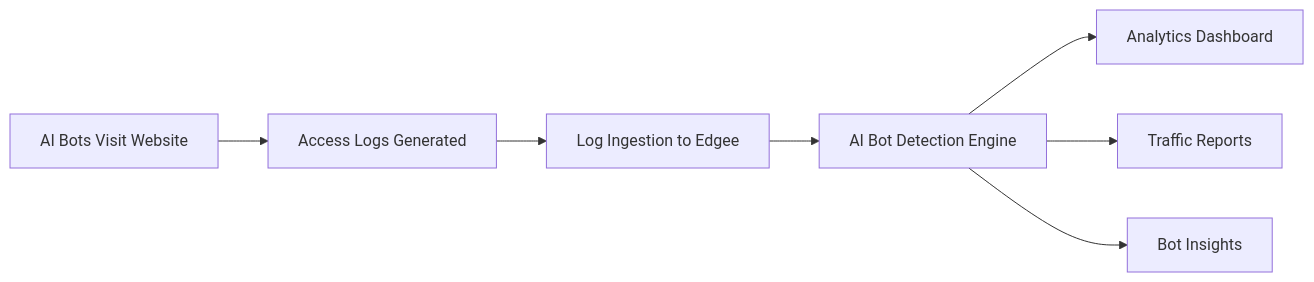
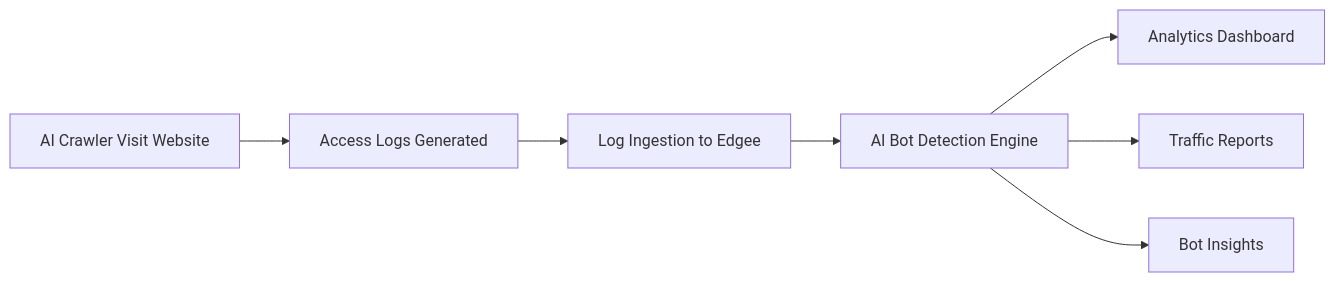
Before and after one commit to edgee-cloud/docs: the diagram in services/ai-analytics/overview.mdx, drawn with Mermaid.

````diff
--- a/services/ai-analytics/overview.mdx
+++ b/services/ai-analytics/overview.mdx
@@ -33,9 +33,9 @@
 ```mermaid
 graph LR
-    A[AI Bots Visit Website] --> B[Access Logs Generated]
+    A[AI Crawler Visit Website] --> B[Access Logs Generated]
     B --> C[Log Ingestion to Edgee]
     C --> D[AI Bot Detection Engine]
     D --> E[Analytics Dashboard]
     D --> F[Traffic Reports]
     D --> G[Bot Insights]
 ```
````
